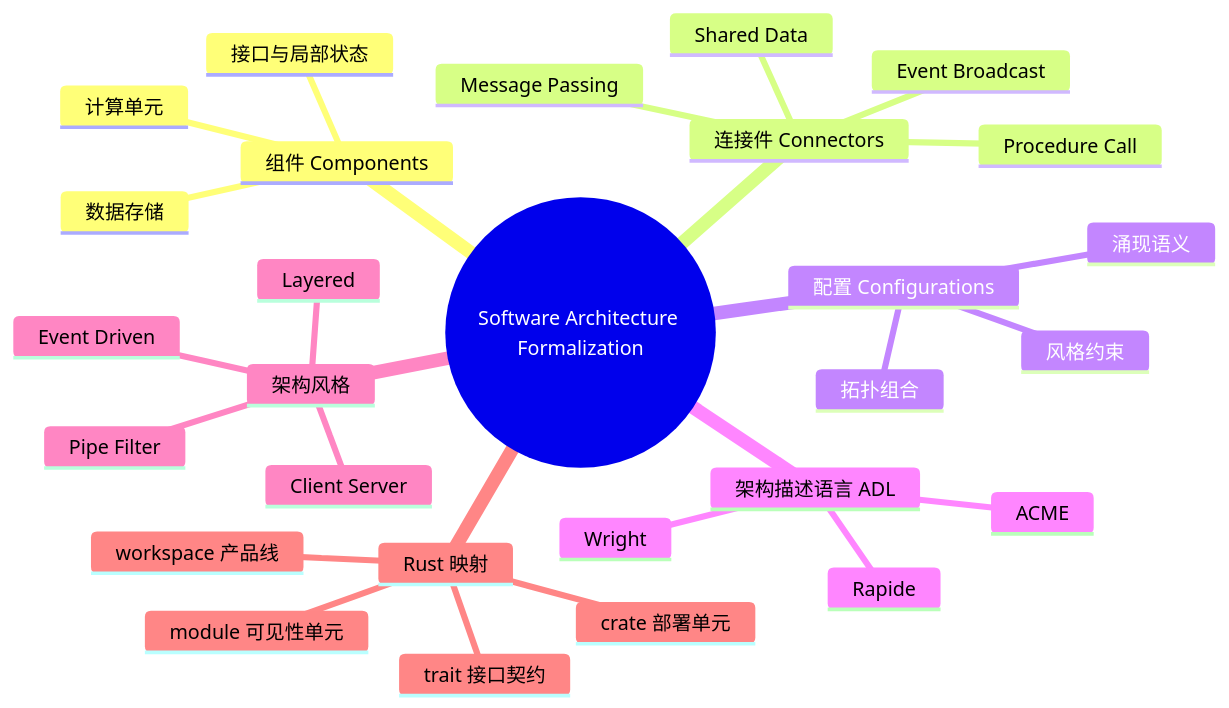
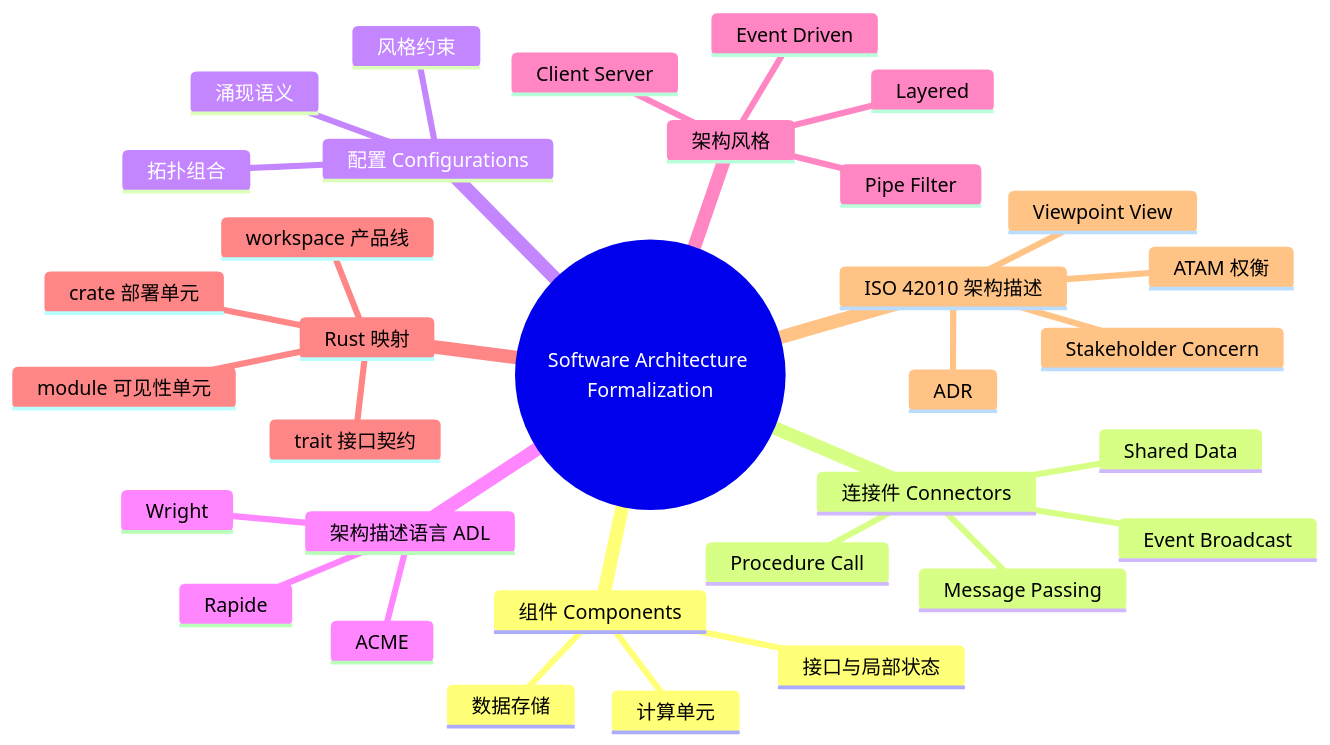
The diagram in concept/04_formal/10_architecture_semantics/01_software_architecture_formalization.md (martin-ly/rust-lang), drawn with Mermaid before and after one commit. The commit also changed other lines of this file and 8 other files, not shown here.

````diff
--- a/concept/04_formal/10_architecture_semantics/01_software_architecture_formalization.md
+++ b/concept/04_formal/10_architecture_semantics/01_software_architecture_formalization.md
@@ -411,31 +502,36 @@
 ```mermaid
 mindmap
   root((Software Architecture Formalization))
     组件 Components
       计算单元
       数据存储
       接口与局部状态
     连接件 Connectors
       Procedure Call
       Event Broadcast
       Shared Data
       Message Passing
     配置 Configurations
       拓扑组合
       涌现语义
       风格约束
     架构描述语言 ADL
       ACME
       Wright
       Rapide
     架构风格
       Pipe Filter
       Client Server
       Layered
       Event Driven
     Rust 映射
       crate 部署单元
       module 可见性单元
       trait 接口契约
       workspace 产品线
+    ISO 42010 架构描述
+      Stakeholder Concern
+      Viewpoint View
+      ADR
+      ATAM 权衡
 ```
````
